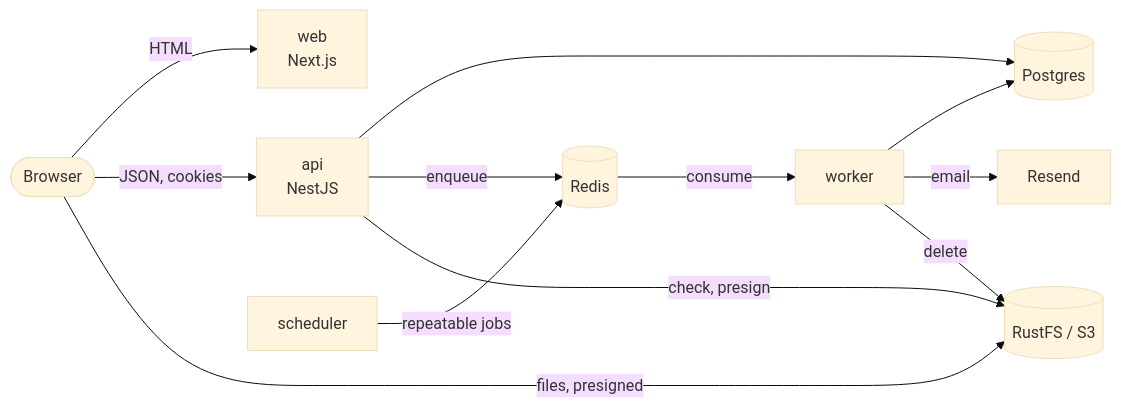
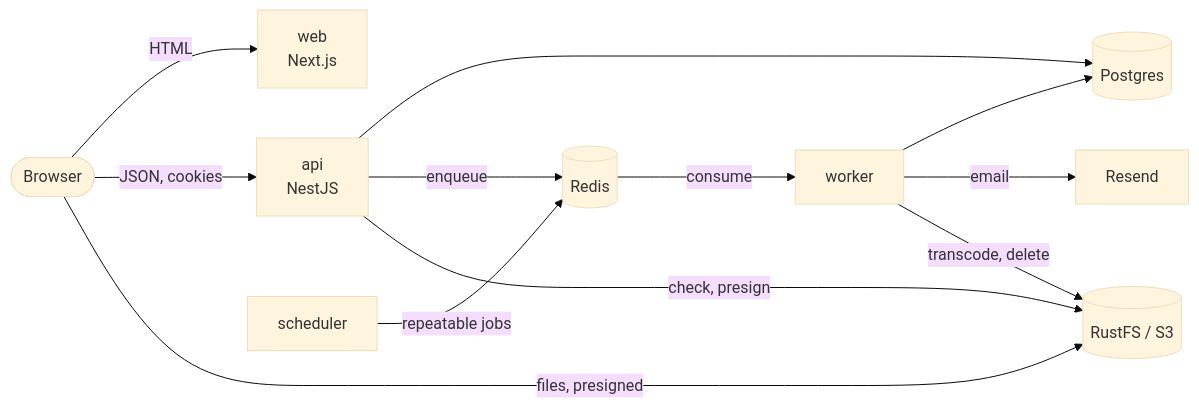
One commit to DamienReichhart/template-fullstack-typescript-production changed the diagram in README.md. Above: the diagram before and after it, drawn with Mermaid (base theme). The commit also changed other lines of this file and 1 other file, not shown here.

````diff
--- a/README.md
+++ b/README.md
@@ -11,14 +12,14 @@
 ```mermaid
 flowchart LR
   browser([Browser]) -->|HTML| web[web<br/>Next.js]
   browser -->|JSON, cookies| api[api<br/>NestJS]
   browser -->|files, presigned| s3[(RustFS / S3)]
   api --> pg[(Postgres)]
   api -->|enqueue| redis[(Redis)]
   api -->|check, presign| s3
   scheduler[scheduler] -->|repeatable jobs| redis
   redis -->|consume| worker[worker]
   worker --> pg
   worker -->|email| resend[Resend]
-  worker -->|delete| s3
+  worker -->|transcode, delete| s3
 ```
````
